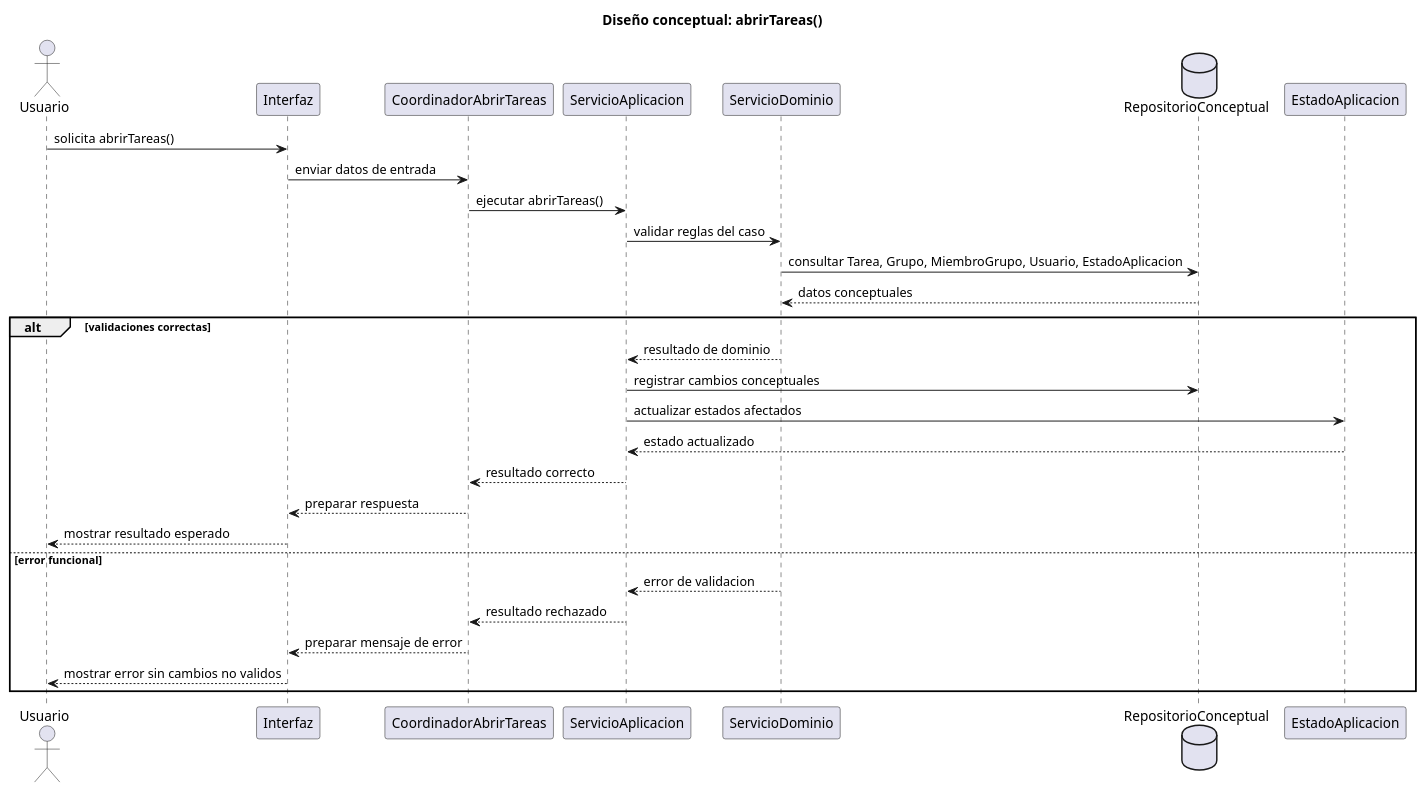
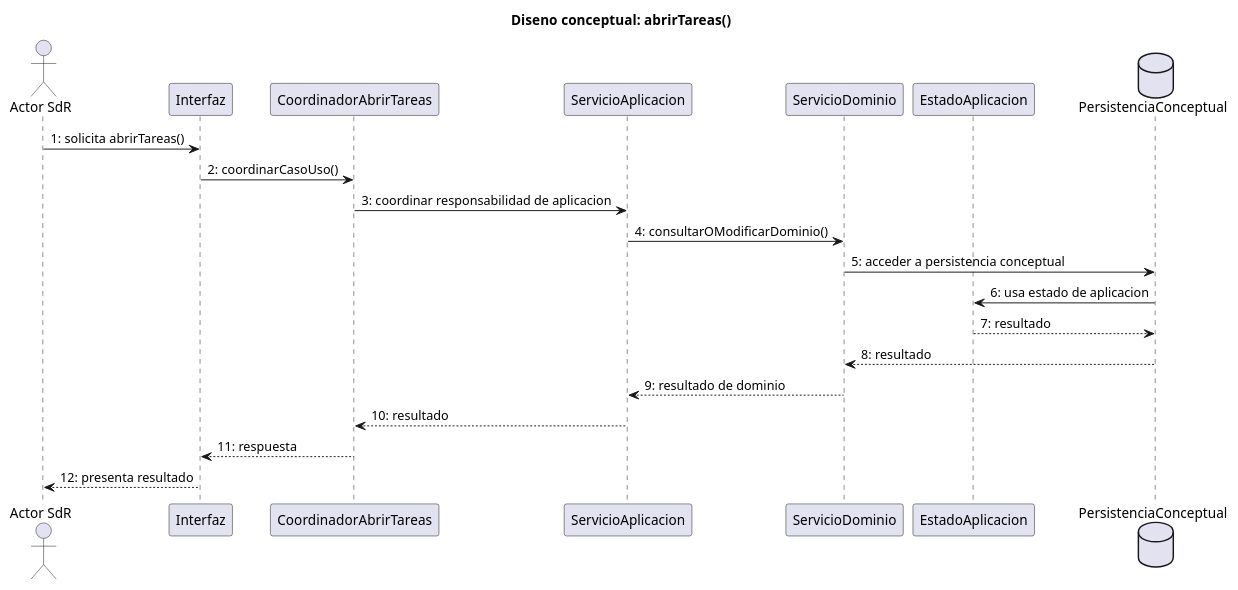
The diagram in documents/RUP/02-diseño/casos-uso/gestion-tareas/abrirTareas/README.md (inigovaqueroo04/25-26-idsw2-sdVC), drawn with PlantUML before and after one commit. The commit also changed other lines of this file and 24 other files, not shown here.

Commit message:
docs: validar trazabilidad integral de diseno

````diff
--- a/documents/RUP/02-diseño/casos-uso/gestion-tareas/abrirTareas/README.md
+++ b/documents/RUP/02-diseño/casos-uso/gestion-tareas/abrirTareas/README.md
@@ -85,36 +85,27 @@
 ```plantuml
 @startuml abrirTareas-diseno-secuencia
-title Diseño conceptual: abrirTareas()
+title Diseno conceptual: abrirTareas()
 
-actor "Usuario" as Usuario
+actor "Actor SdR" as Actor
 participant "Interfaz" as Interfaz
 participant "CoordinadorAbrirTareas" as Coordinador
 participant "ServicioAplicacion" as ServicioAplicacion
 participant "ServicioDominio" as ServicioDominio
-database "RepositorioConceptual" as Repositorio
 participant "EstadoAplicacion" as EstadoAplicacion
+database "PersistenciaConceptual" as Persistencia
 
-Usuario -> Interfaz : solicita abrirTareas()
-Interfaz -> Coordinador : enviar datos de entrada
-Coordinador -> ServicioAplicacion : ejecutar abrirTareas()
-ServicioAplicacion -> ServicioDominio : validar reglas del caso
-ServicioDominio -> Repositorio : consultar Tarea, Grupo, MiembroGrupo, Usuario, EstadoAplicacion
-Repositorio --> ServicioDominio : datos conceptuales
-
-alt validaciones correctas
-  ServicioDominio --> ServicioAplicacion : resultado de dominio
-  ServicioAplicacion -> Repositorio : registrar cambios conceptuales
-  ServicioAplicacion -> EstadoAplicacion : actualizar estados afectados
-  EstadoAplicacion --> ServicioAplicacion : estado actualizado
-  ServicioAplicacion --> Coordinador : resultado correcto
-  Coordinador --> Interfaz : preparar respuesta
-  Interfaz --> Usuario : mostrar resultado esperado
-else error funcional
-  ServicioDominio --> ServicioAplicacion : error de validacion
-  ServicioAplicacion --> Coordinador : resultado rechazado
-  Coordinador --> Interfaz : preparar mensaje de error
-  Interfaz --> Usuario : mostrar error sin cambios no validos
-end
+Actor -> Interfaz : 1: solicita abrirTareas()
+Interfaz -> Coordinador : 2: coordinarCasoUso()
+Coordinador -> ServicioAplicacion : 3: coordinar responsabilidad de aplicacion
+ServicioAplicacion -> ServicioDominio : 4: consultarOModificarDominio()
+ServicioDominio -> Persistencia : 5: acceder a persistencia conceptual
+Persistencia -> EstadoAplicacion : 6: usa estado de aplicacion
+EstadoAplicacion --> Persistencia : 7: resultado
+Persistencia --> ServicioDominio : 8: resultado
+ServicioDominio --> ServicioAplicacion : 9: resultado de dominio
+ServicioAplicacion --> Coordinador : 10: resultado
+Coordinador --> Interfaz : 11: respuesta
+Interfaz --> Actor : 12: presenta resultado
 
 @enduml
 ```
````
